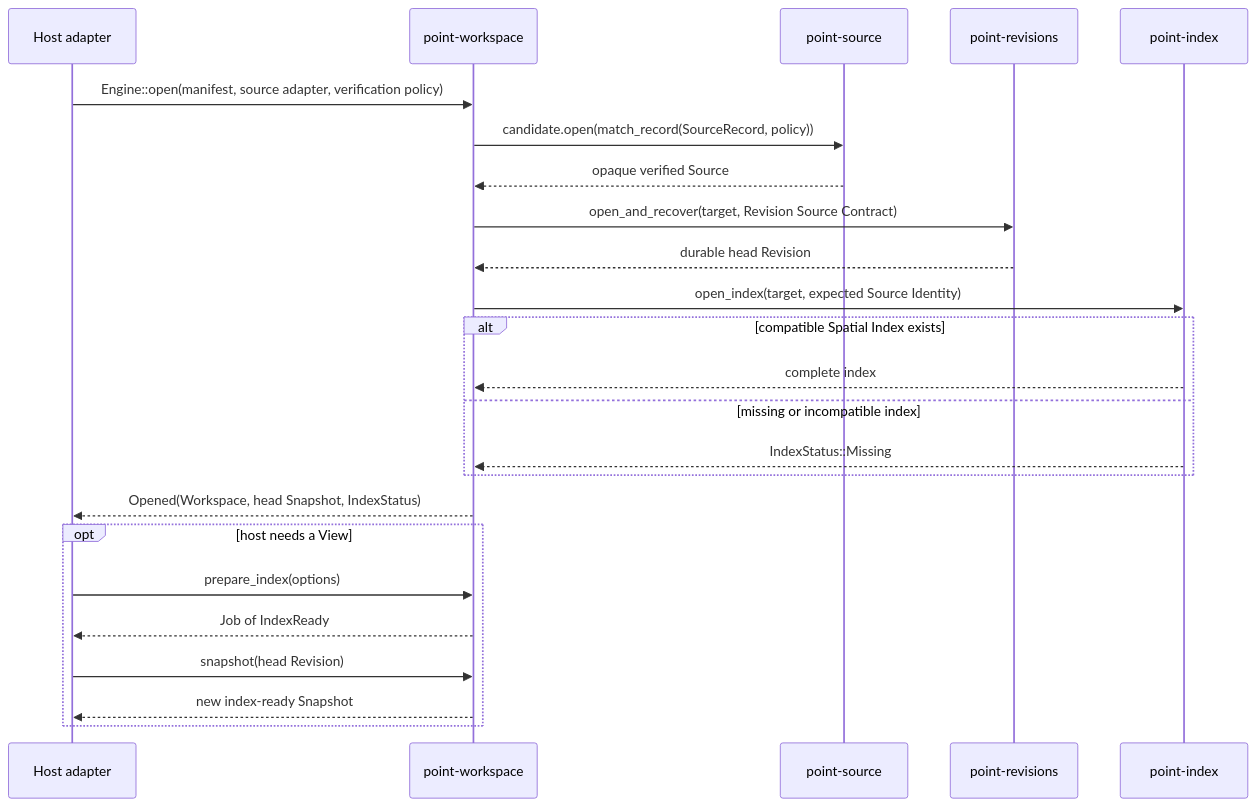
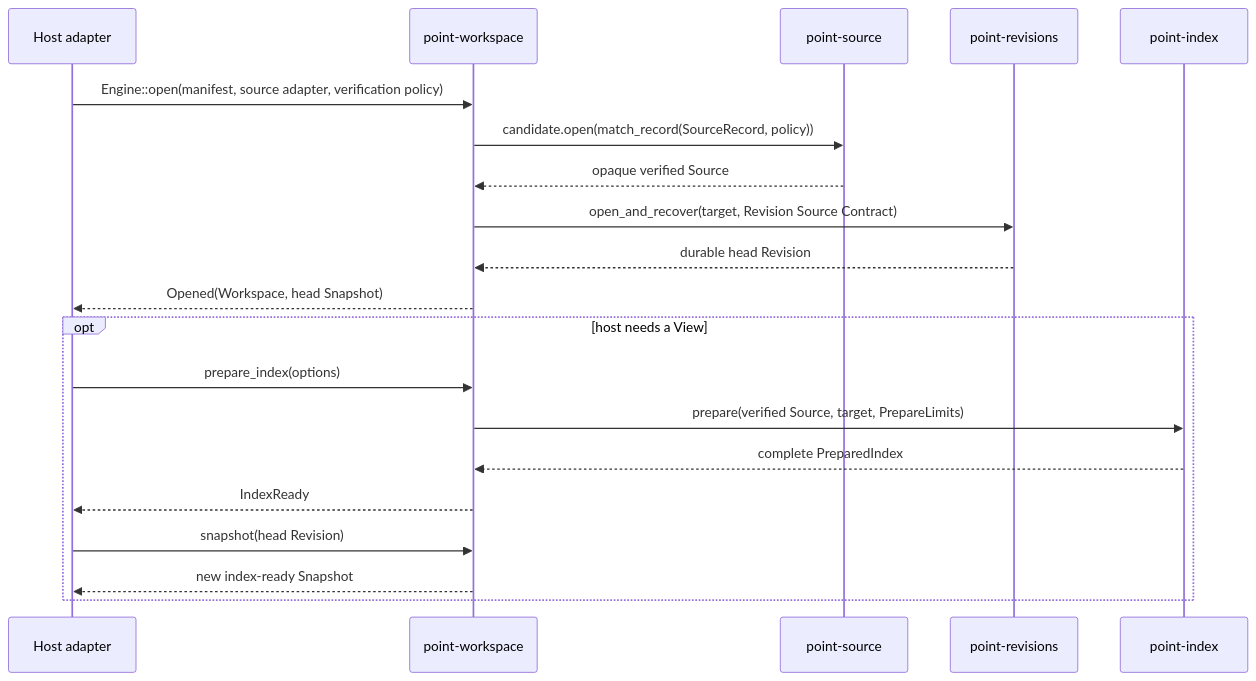
Before and after one commit to xxibcill/punctra: the first of 8 diagrams in docs/architecture/workflows.md, drawn with Mermaid. The commit also changed other lines of this file and 35 other files, not shown here.

```diff
--- a/docs/architecture/workflows.md
+++ b/docs/architecture/workflows.md
@@ -13,29 +16,23 @@
 ~~~mermaid
 sequenceDiagram
     participant APP as Host adapter
     participant WS as point-workspace
     participant SRC as point-source
     participant REV as point-revisions
     participant IDX as point-index
 
     APP->>WS: Engine::open(manifest, source adapter, verification policy)
     WS->>SRC: candidate.open(match_record(SourceRecord, policy))
     SRC-->>WS: opaque verified Source
     WS->>REV: open_and_recover(target, Revision Source Contract)
     REV-->>WS: durable head Revision
-    WS->>IDX: open_index(target, expected Source Identity)
-
-    alt compatible Spatial Index exists
-        IDX-->>WS: complete index
-    else missing or incompatible index
-        IDX-->>WS: IndexStatus::Missing
-    end
-
-    WS-->>APP: Opened(Workspace, head Snapshot, IndexStatus)
+    WS-->>APP: Opened(Workspace, head Snapshot)
     opt host needs a View
         APP->>WS: prepare_index(options)
-        WS-->>APP: Job of IndexReady
+        WS->>IDX: prepare(verified Source, target, PrepareLimits)
+        IDX-->>WS: complete PreparedIndex
+        WS-->>APP: IndexReady
         APP->>WS: snapshot(head Revision)
         WS-->>APP: new index-ready Snapshot
     end
 ~~~
```
